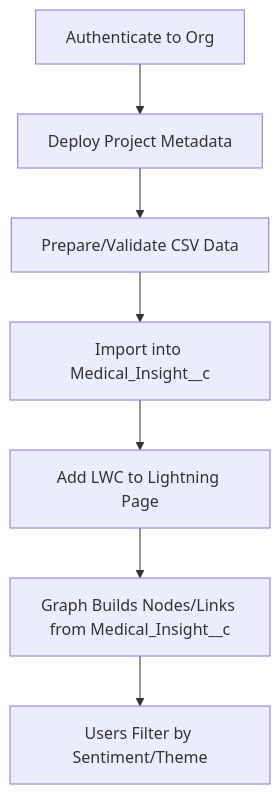
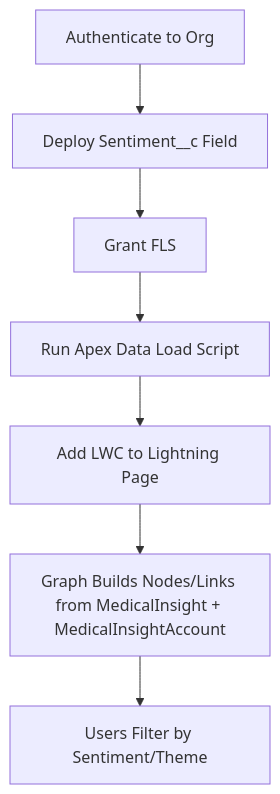
One commit to afls-ideas/medical-insight-signal-map changed the second of 2 diagrams in readme.MD. Above: the diagram before and after it, drawn with Mermaid. The commit also changed other lines of this file and 74 other files, not shown here.

````diff
--- a/readme.MD
+++ b/readme.MD
@@ -75,9 +148,9 @@
 ```mermaid
 graph TD
-    A[Authenticate to Org] --> B[Deploy Project Metadata]
-    B --> C[Prepare/Validate CSV Data]
-    C --> D[Import into Medical_Insight__c]
+    A[Authenticate to Org] --> B[Deploy Sentiment__c Field]
+    B --> C[Grant FLS]
+    C --> D[Run Apex Data Load Script]
     D --> E[Add LWC to Lightning Page]
-    E --> F[Graph Builds Nodes/Links from Medical_Insight__c]
+    E --> F[Graph Builds Nodes/Links from MedicalInsight + MedicalInsightAccount]
     F --> G[Users Filter by Sentiment/Theme]
 ```
````
